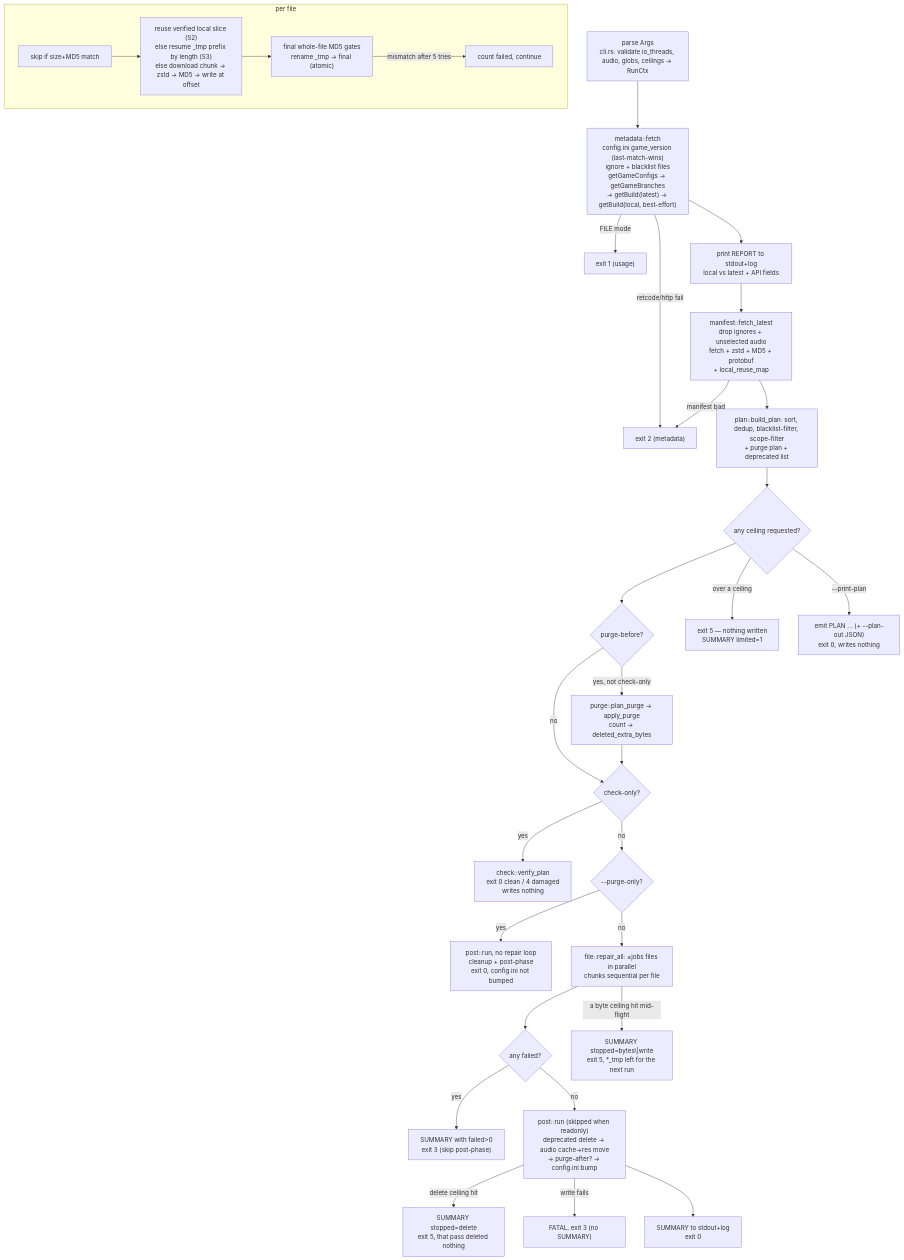
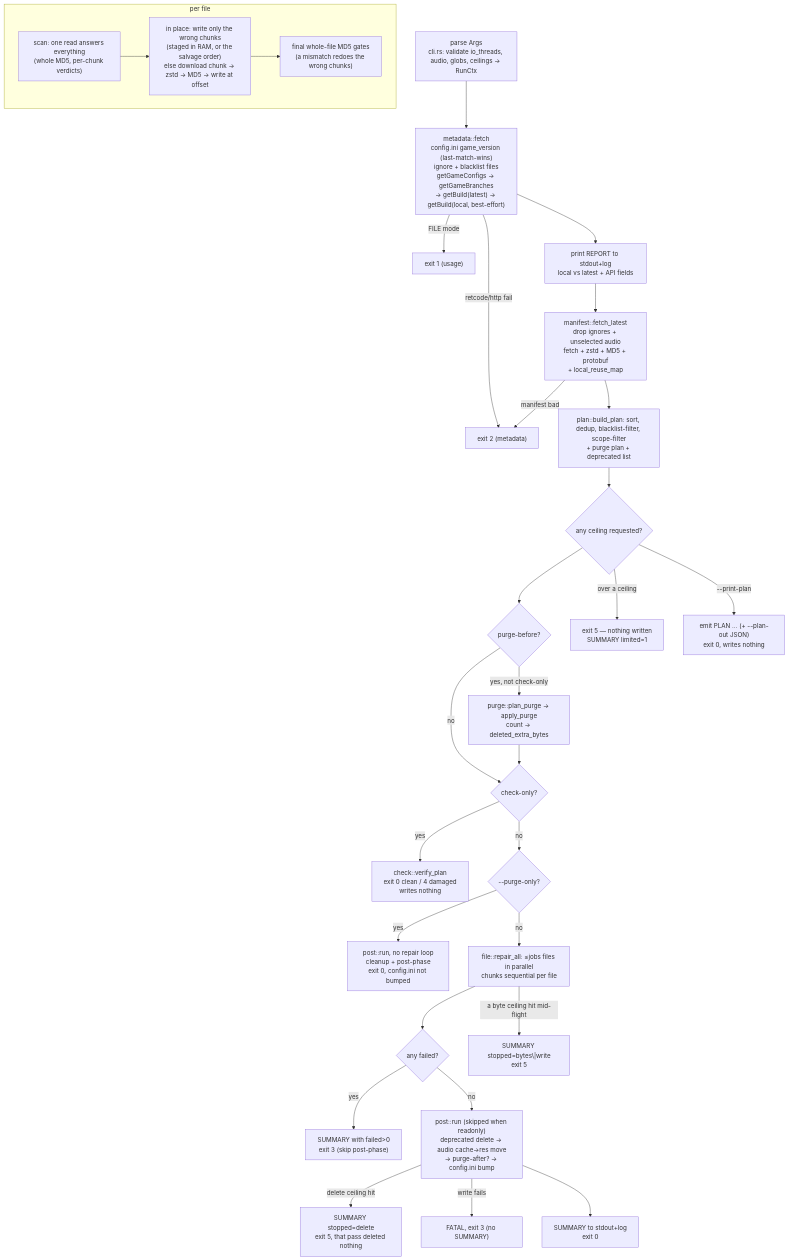
Before and after one commit to bhbghghbgb/girpr: the diagram in README.md, drawn with Mermaid. The commit also changed other lines of this file and 7 other files, not shown here.

````diff
--- a/README.md
+++ b/README.md
@@ -66,33 +72,32 @@
 ```mermaid
 flowchart TD
     A["parse Args<br/>cli.rs: validate io_threads, audio, globs, ceilings → RunCtx"] --> B["metadata::fetch<br/>config.ini game_version (last-match-wins)<br/>ignore + blacklist files<br/>getGameConfigs → getGameBranches<br/>→ getBuild(latest) → getBuild(local, best-effort)"]
     B -->|FILE mode| X1["exit 1 (usage)"]
     B -->|retcode/http fail| X2["exit 2 (metadata)"]
     B --> C["print REPORT to stdout+log<br/>local vs latest + API fields"]
     C --> D["manifest::fetch_latest<br/>drop ignores + unselected audio<br/>fetch + zstd + MD5 + protobuf<br/>+ local_reuse_map"]
     D -->|manifest bad| X2
     D --> E["plan::build_plan: sort, dedup, blacklist-filter, scope-filter<br/>+ purge plan + deprecated list"]
     E --> E2{"any ceiling requested?"}
     E2 --> F{"purge-before?"}
     E2 -->|over a ceiling| X4["exit 5 — nothing written<br/>SUMMARY limited=1"]
     E2 -->|"--print-plan"| P["emit PLAN … (+ --plan-out JSON)<br/>exit 0, writes nothing"]
     F -->|yes, not check-only| G["purge::plan_purge → apply_purge<br/>count → deleted_extra_bytes"]
     F -->|no| H{"check-only?"}
     G --> H
     H -->|yes| I["check::verify_plan<br/>exit 0 clean / 4 damaged<br/>writes nothing"]
     H -->|no| J{"--purge-only?"}
     J -->|yes| MP["post::run, no repair loop<br/>cleanup + post-phase<br/>exit 0, config.ini not bumped"]
     J -->|no| J2["file::repair_all: ≤jobs files in parallel<br/>chunks sequential per file"]
     subgraph perfile ["per file"]
-        J1["skip if size+MD5 match"] --> J2a["reuse verified local slice (S2)<br/>else resume _tmp prefix by length (S3)<br/>else download chunk → zstd → MD5 → write at offset"]
-        J2a --> J3["final whole-file MD5 gates<br/>rename _tmp → final (atomic)"]
-        J3 -->|mismatch after 5 tries| J4["count failed, continue"]
+        J1["scan: one read answers everything<br/>(whole MD5, per-chunk verdicts)"] --> J2a["in place: write only the wrong chunks<br/>(staged in RAM, or the salvage order)<br/>else download chunk → zstd → MD5 → write at offset"]
+        J2a --> J3["final whole-file MD5 gates<br/>(a mismatch redoes the wrong chunks)"]
     end
     J2 --> K{"any failed?"}
     K -->|yes| L["SUMMARY with failed>0<br/>exit 3 (skip post-phase)"]
-    J2 -->|"a byte ceiling hit mid-flight"| X5["SUMMARY stopped=bytes\|write<br/>exit 5, *_tmp left for the next run"]
+    J2 -->|"a byte ceiling hit mid-flight"| X5["SUMMARY stopped=bytes\|write<br/>exit 5"]
     K -->|no| M["post::run (skipped when readonly)<br/>deprecated delete → audio cache→res move<br/>→ purge-after? → config.ini bump"]
     M -->|"delete ceiling hit"| X6["SUMMARY stopped=delete<br/>exit 5, that pass deleted nothing"]
     M -->|write fails| X3["FATAL, exit 3 (no SUMMARY)"]
     M --> N["SUMMARY to stdout+log<br/>exit 0"]
 ```
````
